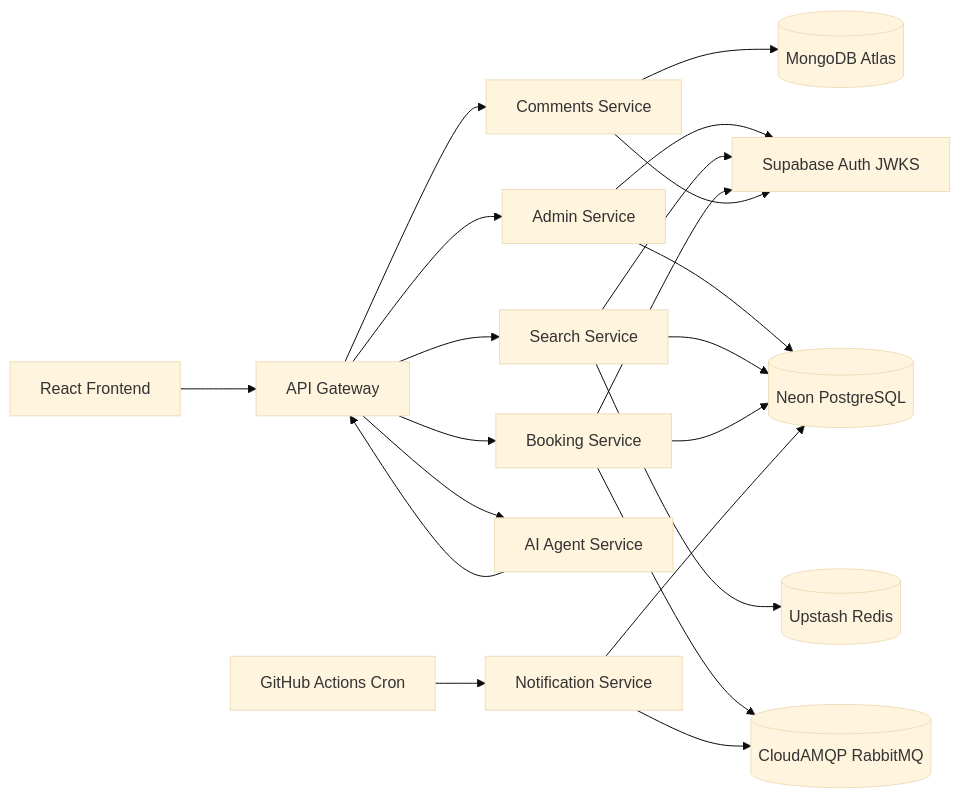
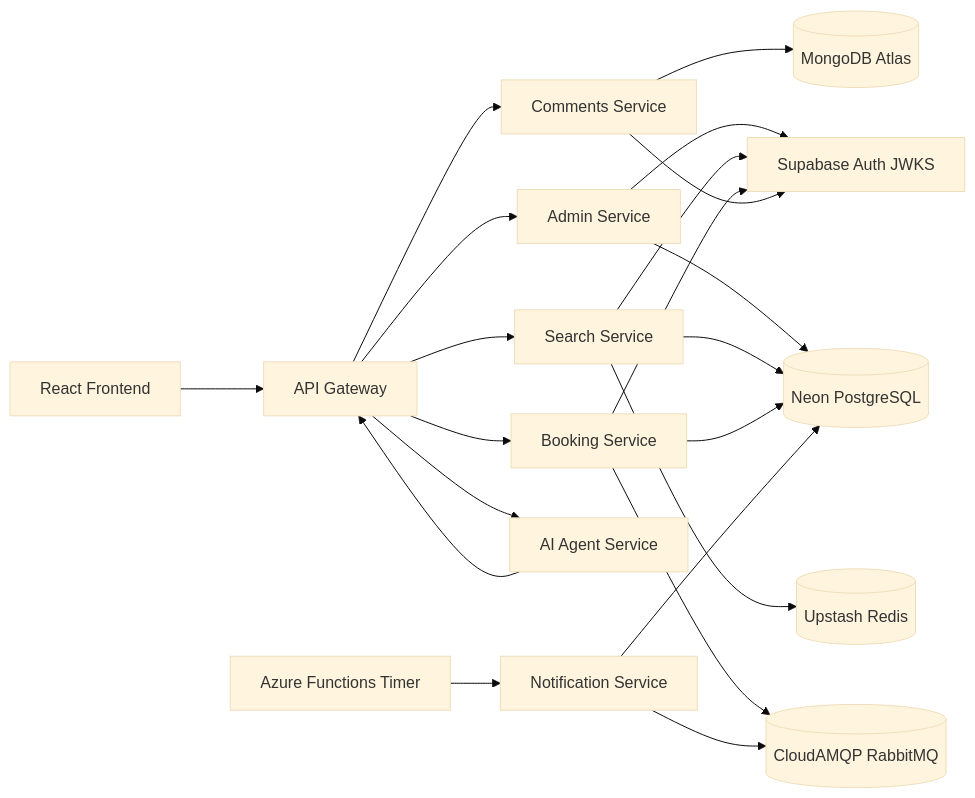
Before and after one commit to berk4tes/hotel-booking-system: the first of 2 diagrams in README.md, drawn with Mermaid (base theme). The commit also changed other lines of this file and 11 other files, not shown here.

Commit message:
chore: switch scheduler deployment to azure

````diff
--- a/README.md
+++ b/README.md
@@ -37,23 +37,23 @@
 ```mermaid
 flowchart LR
   Frontend[React Frontend] --> Gateway[API Gateway]
   Gateway --> Admin[Admin Service]
   Gateway --> Search[Search Service]
   Gateway --> Booking[Booking Service]
   Gateway --> Comments[Comments Service]
   Gateway --> AI[AI Agent Service]
-  Scheduler[GitHub Actions Cron] --> Notification[Notification Service]
+  Scheduler[Azure Functions Timer] --> Notification[Notification Service]
   Booking --> Queue[(CloudAMQP RabbitMQ)]
   Notification --> Queue
   Search --> Redis[(Upstash Redis)]
   Admin --> Postgres[(Neon PostgreSQL)]
   Search --> Postgres
   Booking --> Postgres
   Notification --> Postgres
   Comments --> Mongo[(MongoDB Atlas)]
   AI --> Gateway
   Admin --> Auth[Supabase Auth JWKS]
   Search --> Auth
   Booking --> Auth
   Comments --> Auth
 ```
````
